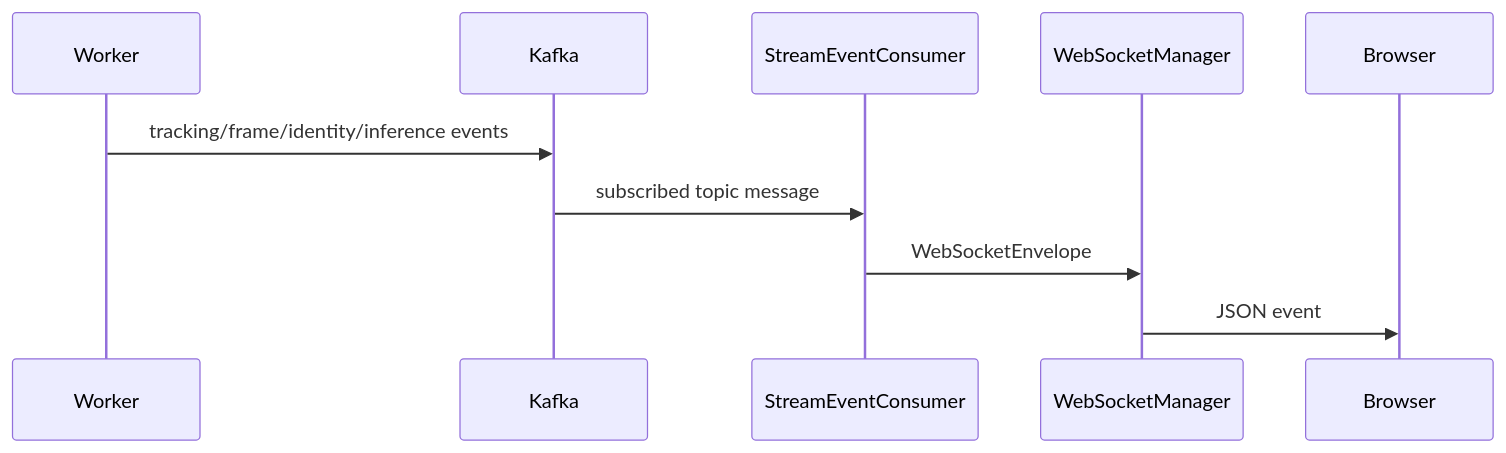
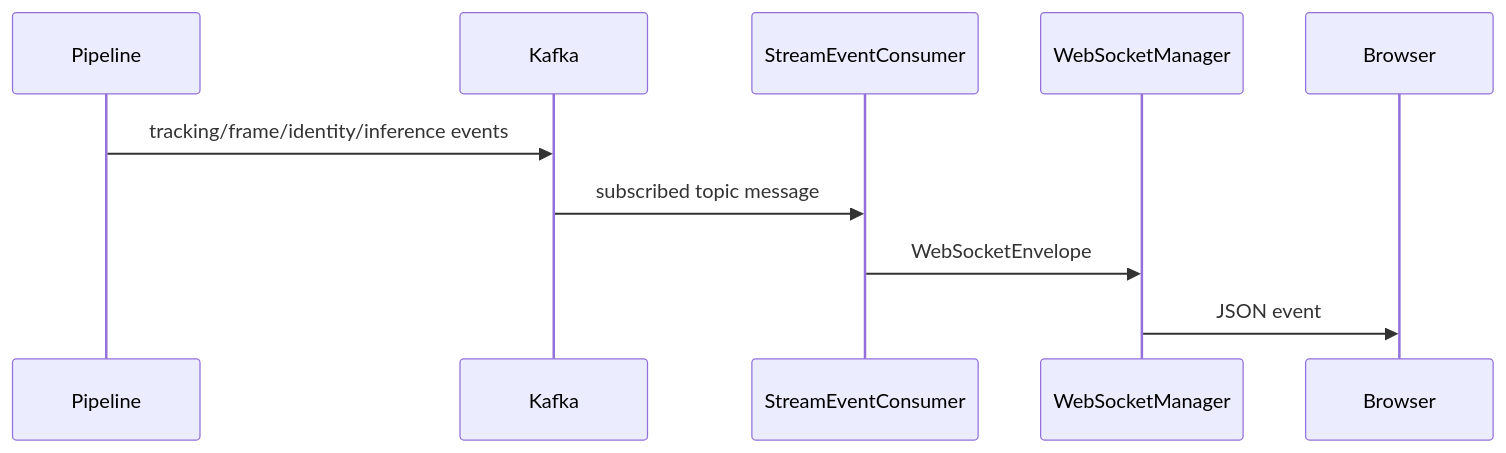
Before and after one commit to Premaramkarthik/Ai-Intelligence-Theft-Detection: the seventh of 7 diagrams in backend/README.md, drawn with Mermaid. The commit also changed other lines of this file and 85 other files, not shown here.

````diff
--- a/backend/README.md
+++ b/backend/README.md
@@ -569,13 +442,13 @@
 ```mermaid
 sequenceDiagram
-    participant Worker
+    participant Pipeline
     participant Kafka
     participant API as StreamEventConsumer
     participant WM as WebSocketManager
     participant Browser
 
-    Worker->>Kafka: tracking/frame/identity/inference events
+    Pipeline->>Kafka: tracking/frame/identity/inference events
     Kafka->>API: subscribed topic message
     API->>WM: WebSocketEnvelope
     WM->>Browser: JSON event
 ```
````
